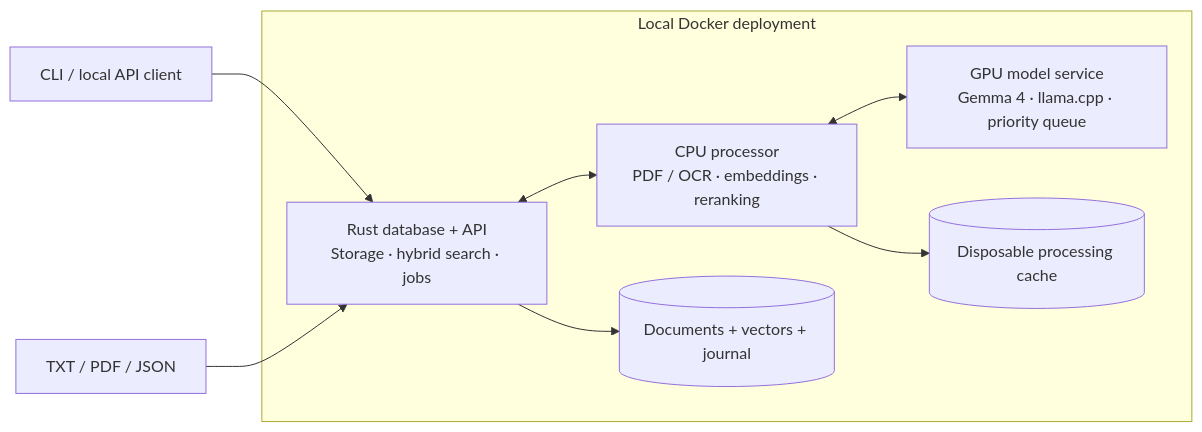
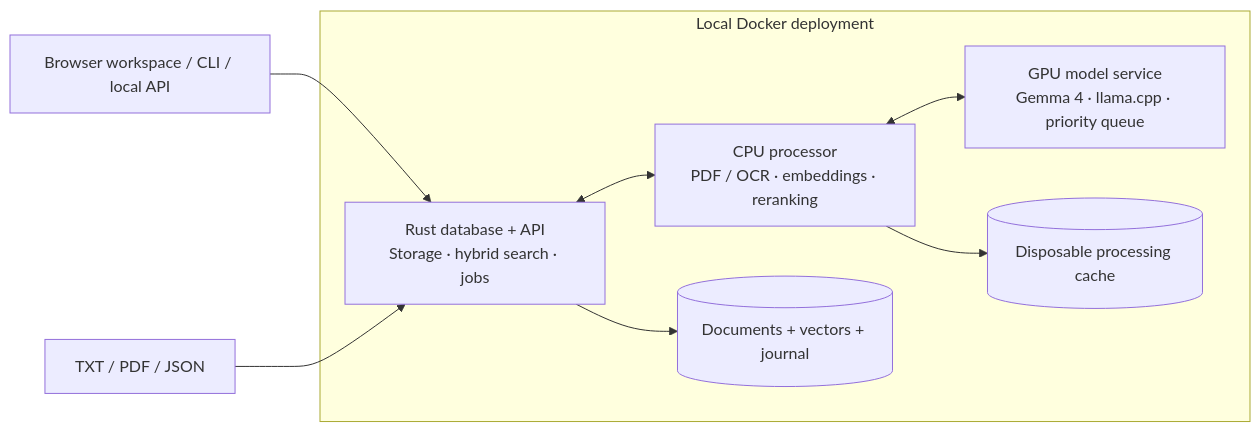
Before and after one commit to dpittaluga76/VectorNext: the diagram in README.md, drawn with Mermaid. The commit also changed other lines of this file and 56 other files, not shown here.

First line of the commit message:
feat: add browser workspace and Windows app launcher

````diff
--- a/README.md
+++ b/README.md
@@ -55,17 +60,17 @@
 ```mermaid
 flowchart LR
-    Client["CLI / local API client"] --> Core
+    Client["Browser workspace / CLI / local API"] --> Core
     Files["TXT / PDF / JSON"] --> Core
 
     subgraph Local["Local Docker deployment"]
         Core["Rust database + API<br/>Storage · hybrid search · jobs"]
         CPU["CPU processor<br/>PDF / OCR · embeddings · reranking"]
         GPU["GPU model service<br/>Gemma 4 · llama.cpp · priority queue"]
         Data[("Documents + vectors + journal")]
         Cache[("Disposable processing cache")]
         Core <--> CPU
         CPU <--> GPU
         Core --> Data
         CPU --> Cache
     end
 ```
````
